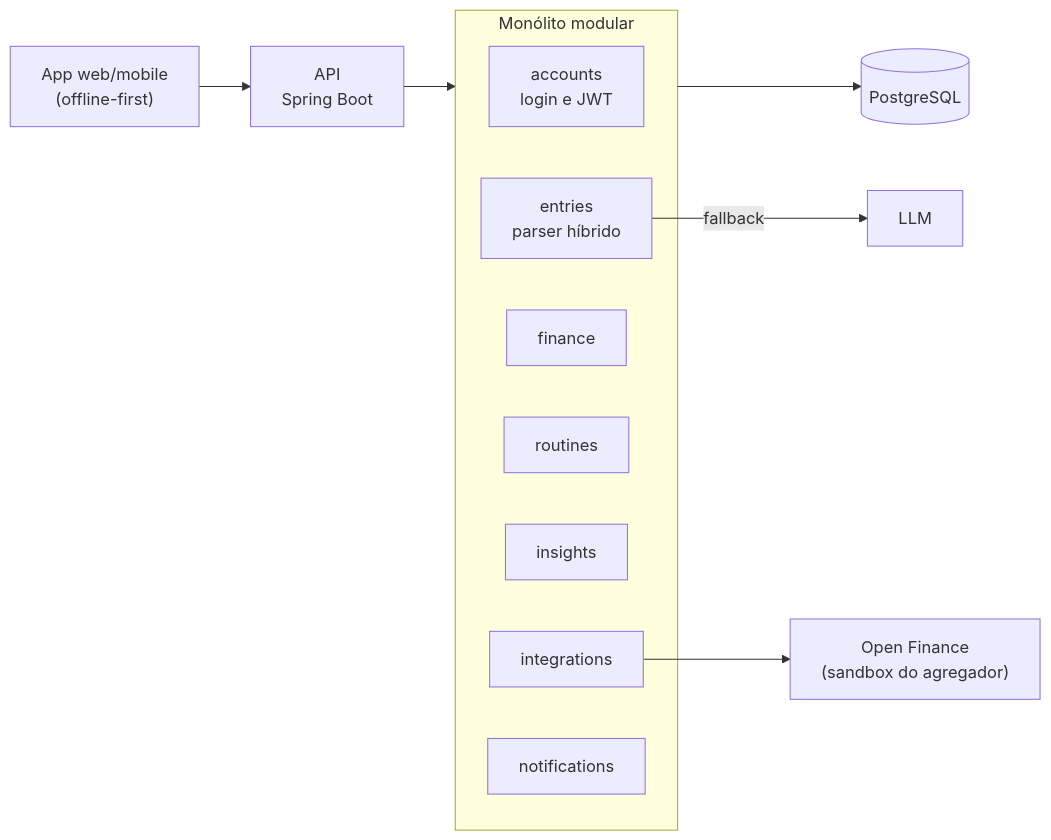
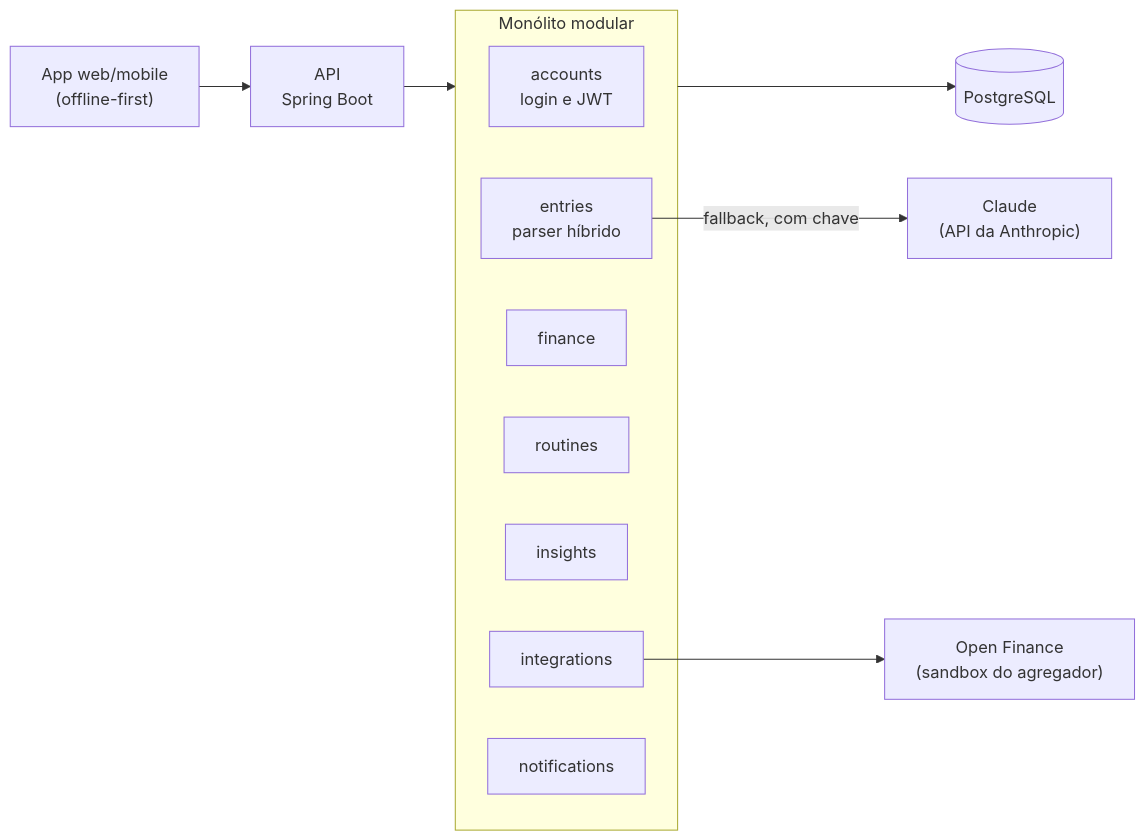
Before and after one commit to GabrieliModollo/mydly: the diagram in README.md, drawn with Mermaid. The commit also changed other lines of this file and 5 other files, not shown here.

Commit message:
docs: ADR 0013, LLM de fallback no parser.md, na arquitetura e nos READMEs; etapa 10 concluída

````diff
--- a/README.md
+++ b/README.md
@@ -31,17 +31,17 @@
 ```mermaid
 flowchart LR
     App["App web/mobile<br/>(offline-first)"] --> API["API<br/>Spring Boot"]
     subgraph API_MOD["Monólito modular"]
         accounts["accounts<br/>login e JWT"]
         entries["entries<br/>parser híbrido"]
         finance["finance"]
         routines["routines"]
         insights["insights"]
         integrations["integrations"]
         notifications["notifications"]
     end
     API --> API_MOD
-    entries -->|"fallback"| LLM["LLM"]
+    entries -->|"fallback, com chave"| LLM["Claude<br/>(API da Anthropic)"]
     integrations --> OF["Open Finance<br/>(sandbox do agregador)"]
     API_MOD --> DB[("PostgreSQL")]
 ```
````
